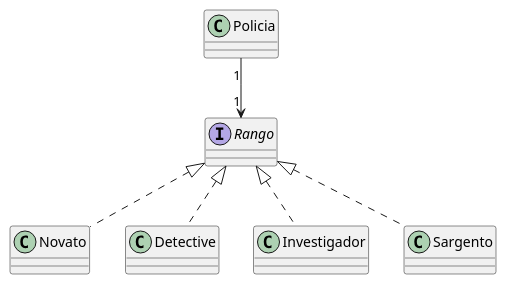
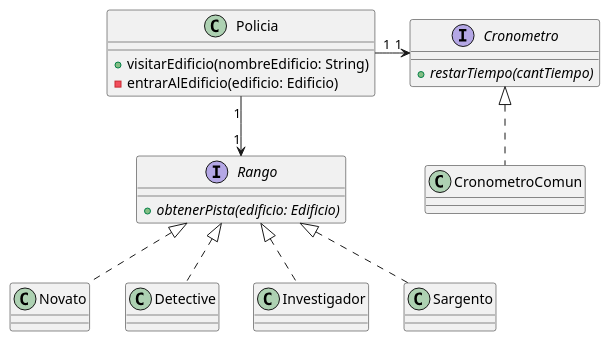
The diagram in diagrams/classes/clase_policia.plantuml (MegaRedHand/algo-thief), drawn with PlantUML before and after one commit. The commit also changed 2 other files, not shown here.

Commit message:
Agrego cambios a los diagramas
- agrego los métodos del diagrama de secuencia a los de clases
- agrego el cronómetro al diagrama del policía

```diff
--- a/diagrams/classes/clase_policia.plantuml
+++ b/diagrams/classes/clase_policia.plantuml
@@ -1,14 +1,27 @@
 @startuml
 
-class Policia
+class Policia {
+    + visitarEdificio(nombreEdificio: String)
+    - entrarAlEdificio(edificio: Edificio)
+}
+
+Policia "1" -> "1" Cronometro
+
+interface Cronometro {
+    + {abstract} restarTiempo(cantTiempo)
+}
+
+class CronometroComun implements Cronometro
 
 Policia "1" --> "1" Rango
 
-interface Rango
+interface Rango {
+    + {abstract}obtenerPista(edificio: Edificio)
+}
 
 class Novato implements Rango
 class Detective implements Rango
 class Investigador implements Rango
 class Sargento implements Rango
 
 @enduml
```
